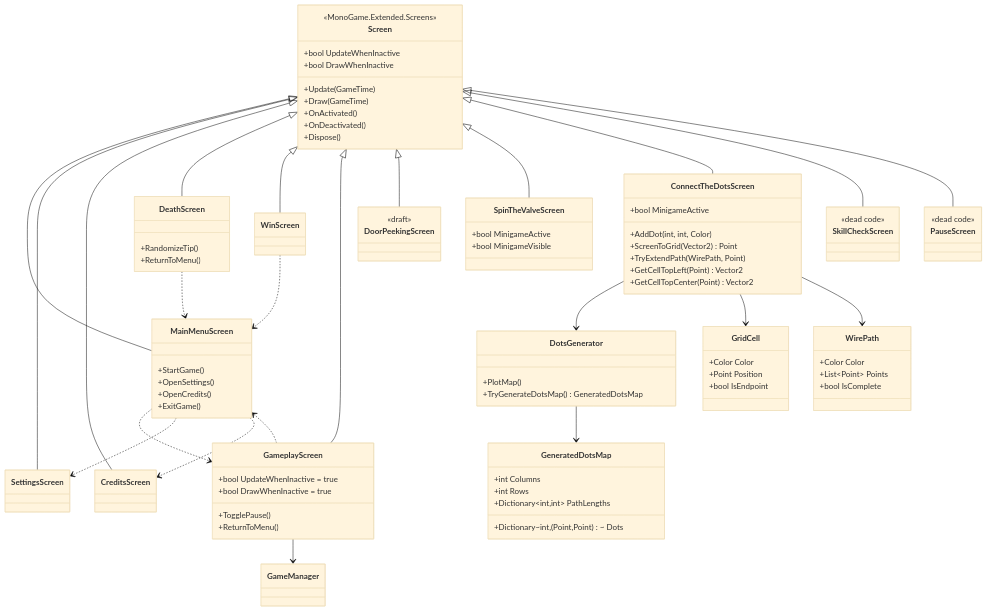
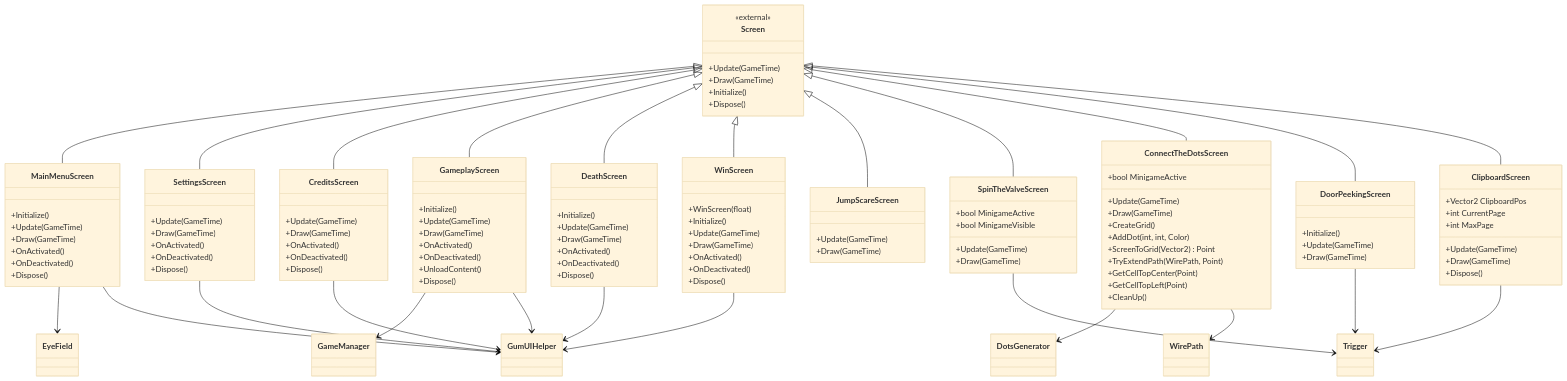
One commit to Sambopukkazz/DG225_CoreX changed the third of 7 diagrams in docs/03_Software/02-class-diagram.md. Above: the diagram before and after it, drawn with Mermaid (base theme). The commit also changed other lines of this file and 21 other files, not shown here.

````diff
--- a/docs/03_Software/02-class-diagram.md
+++ b/docs/03_Software/02-class-diagram.md
@@ -331,99 +392,129 @@
 ```mermaid
 classDiagram
     class Screen {
-        <<MonoGame.Extended.Screens>>
-        +bool UpdateWhenInactive
-        +bool DrawWhenInactive
+        <<external>>
+        +Update(GameTime)
+        +Draw(GameTime)
+        +Initialize()
+        +Dispose()
+    }
+
+    class MainMenuScreen {
+        +Initialize()
         +Update(GameTime)
         +Draw(GameTime)
         +OnActivated()
         +OnDeactivated()
         +Dispose()
     }
-    class MainMenuScreen {
-        +StartGame()
-        +OpenSettings()
-        +OpenCredits()
-        +ExitGame()
+
+    class SettingsScreen {
+        +Update(GameTime)
+        +Draw(GameTime)
+        +OnActivated()
+        +OnDeactivated()
+        +Dispose()
     }
-    class SettingsScreen
-    class CreditsScreen
+
+    class CreditsScreen {
+        +Update(GameTime)
+        +Draw(GameTime)
+        +OnActivated()
+        +OnDeactivated()
+        +Dispose()
+    }
+
+    class GameplayScreen {
+        +Initialize()
+        +Update(GameTime)
+        +Draw(GameTime)
+        +OnActivated()
+        +OnDeactivated()
+        +UnloadContent()
+        +Dispose()
+    }
+
     class DeathScreen {
-        +RandomizeTip()
-        +ReturnToMenu()
+        +Initialize()
+        +Update(GameTime)
+        +Draw(GameTime)
+        +OnActivated()
+        +OnDeactivated()
+        +Dispose()
     }
-    class WinScreen
-    class GameplayScreen {
-        +bool UpdateWhenInactive = true
-        +bool DrawWhenInactive = true
-        +TogglePause()
-        +ReturnToMenu()
+
+    class WinScreen {
+        +WinScreen(float)
+        +Initialize()
+        +Update(GameTime)
+        +Draw(GameTime)
+        +OnActivated()
+        +OnDeactivated()
+        +Dispose()
     }
-    class DoorPeekingScreen {
-        <<draft>>
+
+    class JumpScareScreen {
+        +Update(GameTime)
+        +Draw(GameTime)
     }
+
     class SpinTheValveScreen {
         +bool MinigameActive
         +bool MinigameVisible
+        +Update(GameTime)
+        +Draw(GameTime)
     }
+
     class ConnectTheDotsScreen {
         +bool MinigameActive
+        +Update(GameTime)
+        +Draw(GameTime)
+        +CreateGrid()
         +AddDot(int, int, Color)
         +ScreenToGrid(Vector2) Point
         +TryExtendPath(WirePath, Point)
-        +GetCellTopLeft(Point) Vector2
-        +GetCellTopCenter(Point) Vector2
+        +GetCellTopCenter(Point)
+        +GetCellTopLeft(Point)
+        +CleanUp()
     }
-    class SkillCheckScreen {
-        <<dead code>>
+
+    class DoorPeekingScreen {
+        +Initialize()
+        +Update(GameTime)
+        +Draw(GameTime)
     }
-    class PauseScreen {
-        <<dead code>>
+
+    class ClipboardScreen {
+        +Vector2 ClipboardPos
+        +int CurrentPage
+        +int MaxPage
+        +Update(GameTime)
+        +Draw(GameTime)
+        +Dispose()
     }
 
     Screen <|-- MainMenuScreen
     Screen <|-- SettingsScreen
     Screen <|-- CreditsScreen
+    Screen <|-- GameplayScreen
     Screen <|-- DeathScreen
     Screen <|-- WinScreen
-    Screen <|-- GameplayScreen
-    Screen <|-- DoorPeekingScreen
+    Screen <|-- JumpScareScreen
     Screen <|-- SpinTheValveScreen
     Screen <|-- ConnectTheDotsScreen
-    Screen <|-- SkillCheckScreen
-    Screen <|-- PauseScreen
-
+    Screen <|-- DoorPeekingScreen
+    Screen <|-- ClipboardScreen
+    MainMenuScreen --> EyeField
     GameplayScreen --> GameManager
-    MainMenuScreen ..> GameplayScreen
-    MainMenuScreen ..> SettingsScreen
-    MainMenuScreen ..> CreditsScreen
-    DeathScreen ..> MainMenuScreen
-    WinScreen ..> MainMenuScreen
-    GameplayScreen ..> MainMenuScreen
-
-    class DotsGenerator {
-        +PlotMap()
-        +TryGenerateDotsMap() GeneratedDotsMap
-    }
-    class GeneratedDotsMap {
-        +int Columns
-        +int Rows
-        +Dictionary~int,(Point,Point)~ Dots
-        +Dictionary~int,int~ PathLengths
-    }
-    class GridCell {
-        +Color Color
-        +Point Position
-        +bool IsEndpoint
-    }
-    class WirePath {
-        +Color Color
-        +List~Point~ Points
-        +bool IsComplete
-    }
-
+    GameplayScreen --> GumUIHelper
+    DeathScreen --> GumUIHelper
+    WinScreen --> GumUIHelper
+    MainMenuScreen --> GumUIHelper
+    CreditsScreen --> GumUIHelper
+    SettingsScreen --> GumUIHelper
+    SpinTheValveScreen --> Trigger
     ConnectTheDotsScreen --> DotsGenerator
-    DotsGenerator --> GeneratedDotsMap
-    ConnectTheDotsScreen --> GridCell
     ConnectTheDotsScreen --> WirePath
+    DoorPeekingScreen --> Trigger
+    ClipboardScreen --> Trigger
 ```
````
